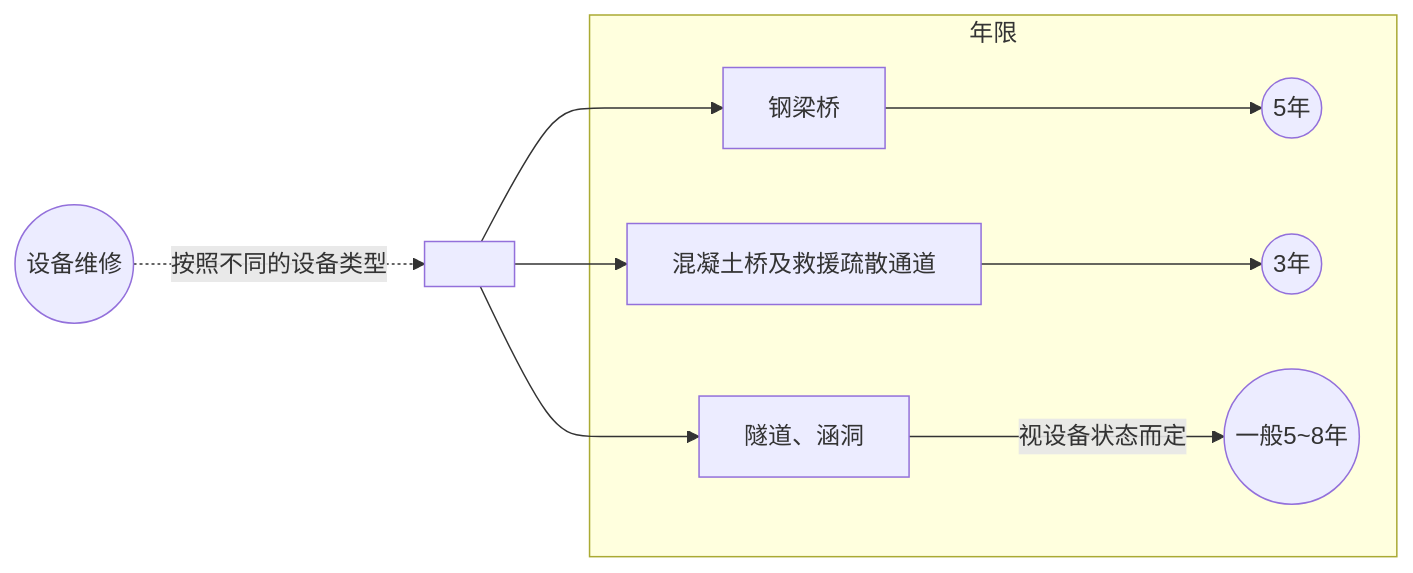
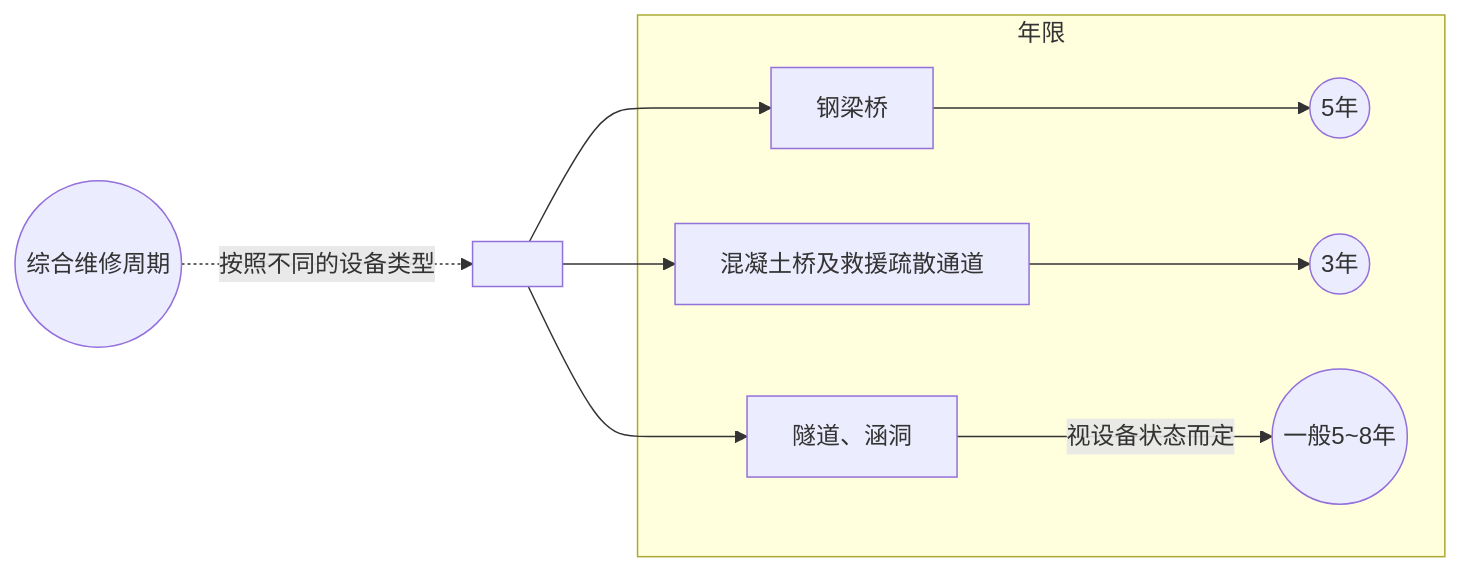
Before and after one commit to Nan-iPhonOX/DocsLearn: the second of 2 diagrams in Docs/Learn/2024年07月.md, drawn with Mermaid. The commit also changed 25 other files, not shown here.

````diff
--- a/Docs/Learn/2024年07月.md
+++ b/Docs/Learn/2024年07月.md
@@ -37,14 +37,14 @@
 ```mermaid
 flowchart LR
-INIT((设备维修)) -.-> |按照不同的设备类型|joinv1[ ]
+INIT((综合维修周期)) -.-> |按照不同的设备类型|joinv1[ ]
 joinv1--> A[钢梁桥]
 joinv1--> B[混凝土桥及救援疏散通道]
 joinv1--> C[隧道、涵洞]
 
 subgraph 年限
     A --> inpage1((5年))
     B --> inpage2((3年))
     C --> |视设备状态而定|inpage3((一般5~8年))
 end
 
 ```
````
